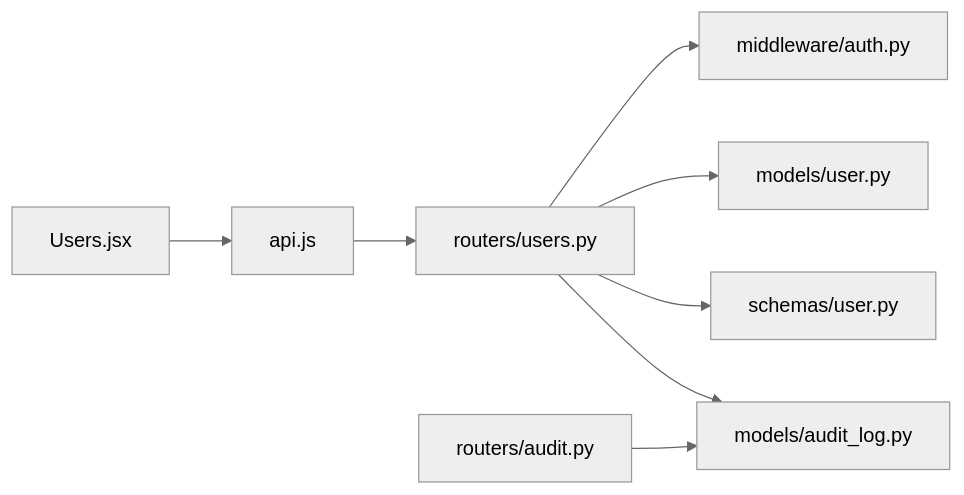
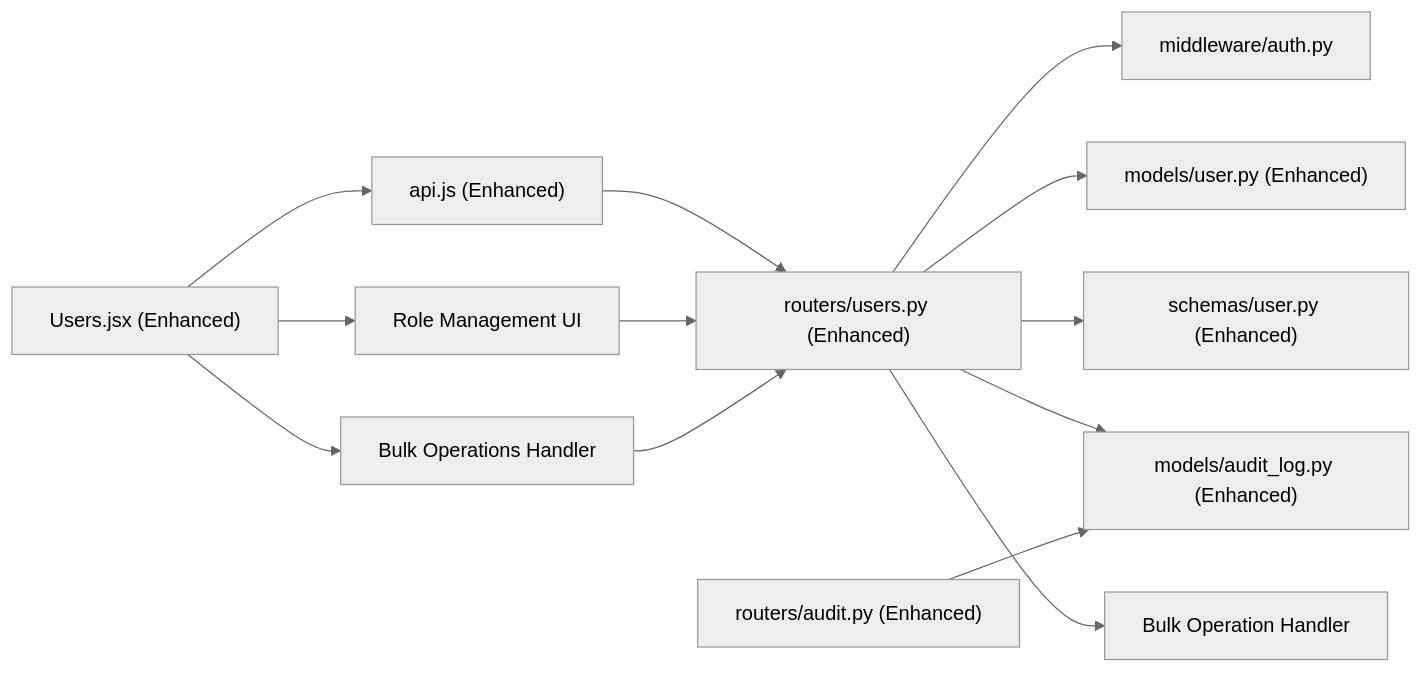
The sixth of 6 diagrams in .qoder/repowiki/en/content/Frontend Development/Page Components & Routing/User Management Interface.md (14Lucifer/hackathon_ecs_creator), drawn with Mermaid (neutral theme) before and after one commit. The commit also changed other lines of this file and 120 other files, not shown here.

````diff
--- a/.qoder/repowiki/en/content/Frontend Development/Page Components & Routing/User Management Interface.md
+++ b/.qoder/repowiki/en/content/Frontend Development/Page Components & Routing/User Management Interface.md
@@ -271,10 +419,15 @@
 ```mermaid
 graph LR
-UI["Users.jsx"] --> APISvc["api.js"]
-APISvc --> Router["routers/users.py"]
+UI["Users.jsx (Enhanced)"] --> APISvc["api.js (Enhanced)"]
+UI --> RoleMgr["Role Management UI"]
+UI --> BulkOps["Bulk Operations Handler"]
+APISvc --> Router["routers/users.py (Enhanced)"]
+RoleMgr --> Router
+BulkOps --> Router
 Router --> Auth["middleware/auth.py"]
-Router --> UserModel["models/user.py"]
-Router --> UserSchema["schemas/user.py"]
-Router --> AuditModel["models/audit_log.py"]
-AuditRouter["routers/audit.py"] --> AuditModel
+Router --> UserModel["models/user.py (Enhanced)"]
+Router --> UserSchema["schemas/user.py (Enhanced)"]
+Router --> AuditModel["models/audit_log.py (Enhanced)"]
+Router --> BulkHandler["Bulk Operation Handler"]
+AuditRouter["routers/audit.py (Enhanced)"] --> AuditModel
 ```
````
